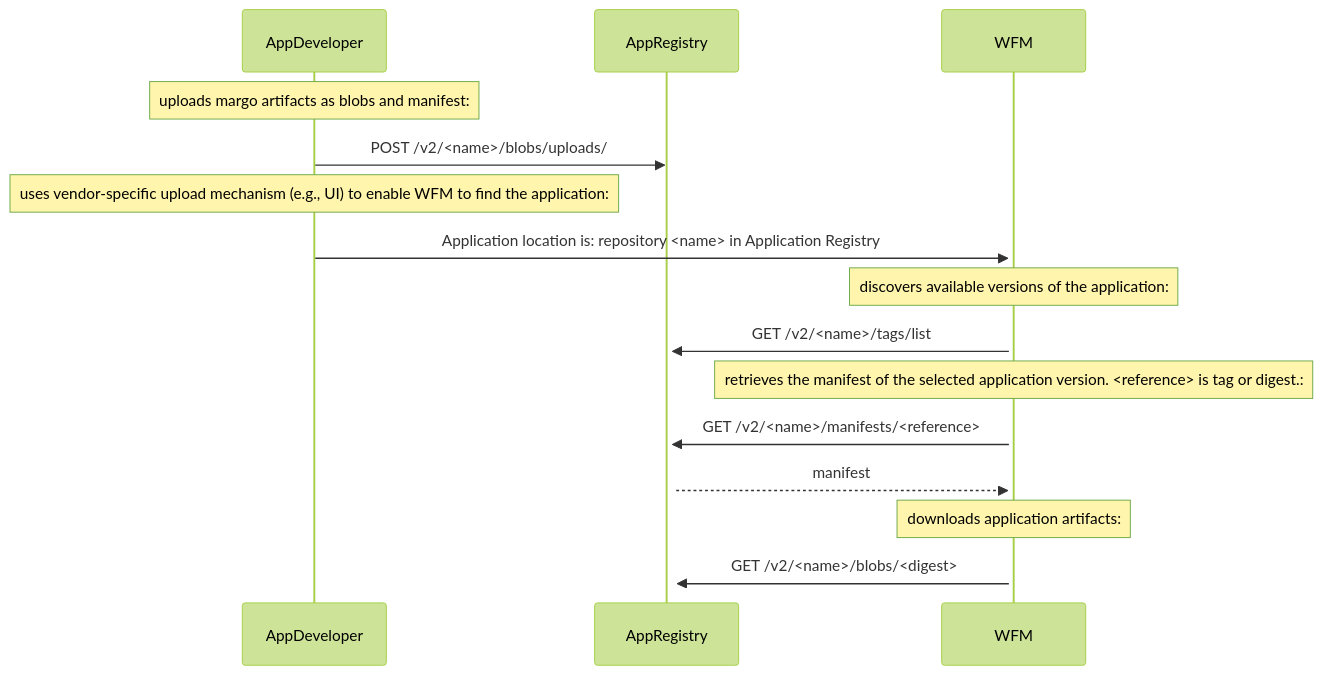
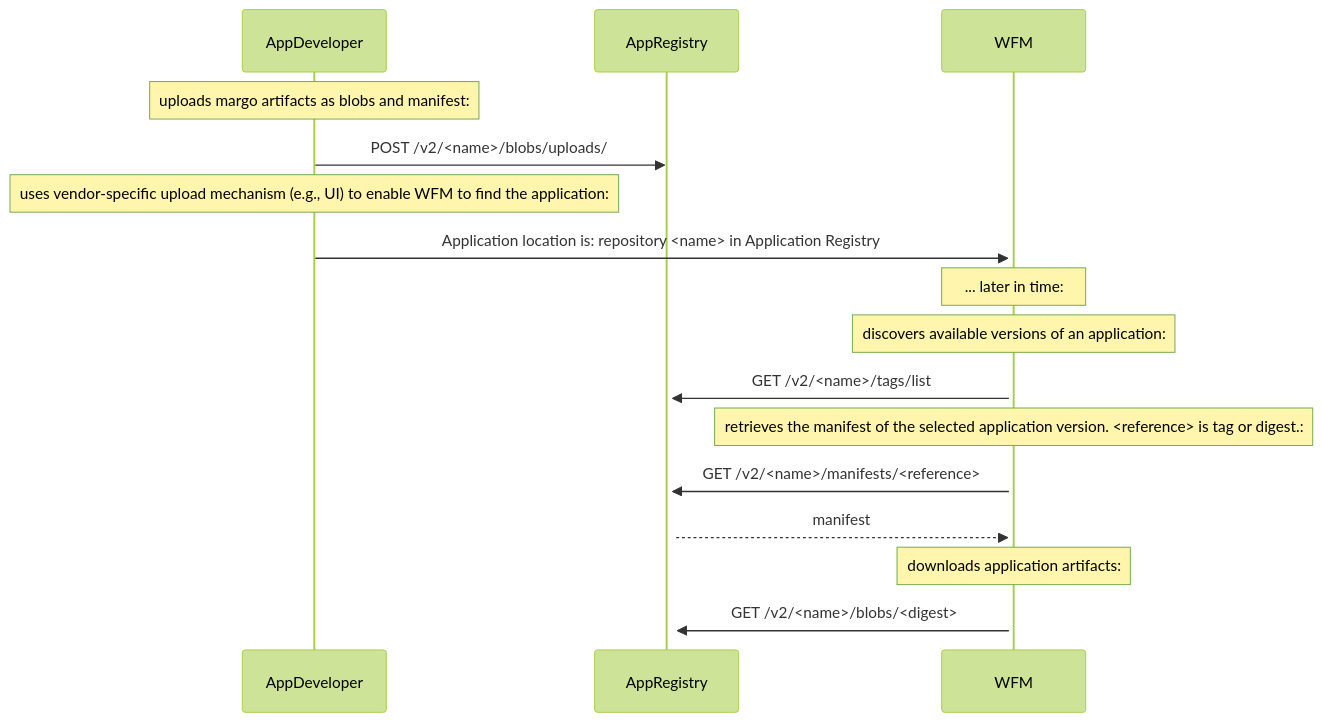
Before and after one commit to jjaswanson4/specification-enhancements: the third of 3 diagrams in submitted/sup_app_registry_as_oci.md, drawn with Mermaid (forest theme). The commit also changed other lines of this file, not shown here.

````diff
--- a/submitted/sup_app_registry_as_oci.md
+++ b/submitted/sup_app_registry_as_oci.md
@@ -115,21 +115,22 @@
 ```mermaid
 sequenceDiagram
 
     Note over AppDeveloper: uploads margo artifacts as blobs and manifest:
     AppDeveloper->>AppRegistry: POST /v2/<name>/blobs/uploads/
 
 
     Note over AppDeveloper: uses vendor-specific upload mechanism (e.g., UI) to enable WFM to find the application:
     AppDeveloper->>+WFM: Application location is: repository <name> in Application Registry
     
-    Note over WFM: discovers available versions of the application:
+    Note over WFM: ... later in time:
+    Note over WFM: discovers available versions of an application:
     WFM->>+AppRegistry: GET /v2/<name>/tags/list
     
     Note over WFM: retrieves the manifest of the selected application version. <reference> is tag or digest.:
     WFM->>+AppRegistry: GET /v2/<name>/manifests/<reference>
     
     AppRegistry-->>+WFM: manifest
 
     Note over WFM: downloads application artifacts:
     WFM->>AppRegistry: GET /v2/<name>/blobs/<digest>
 ```
````
